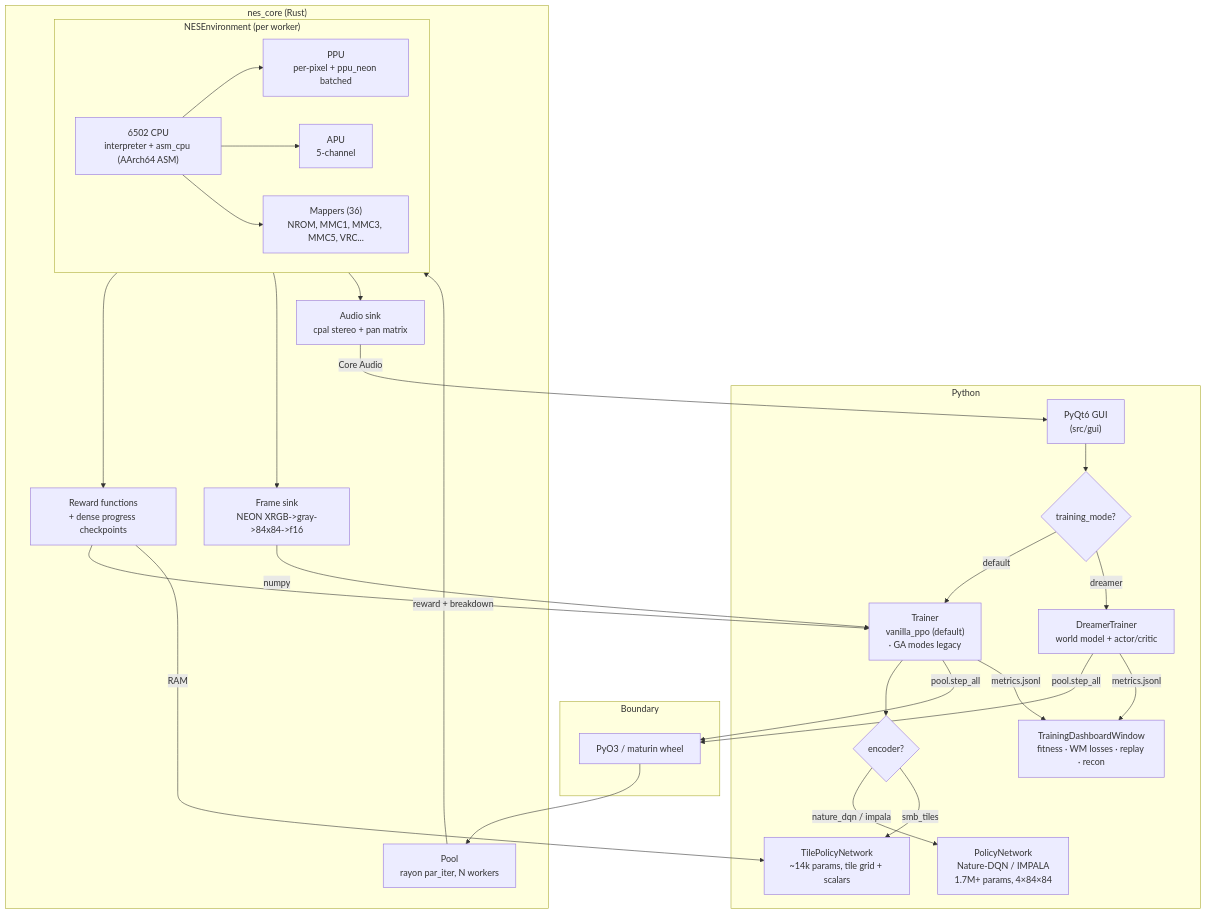
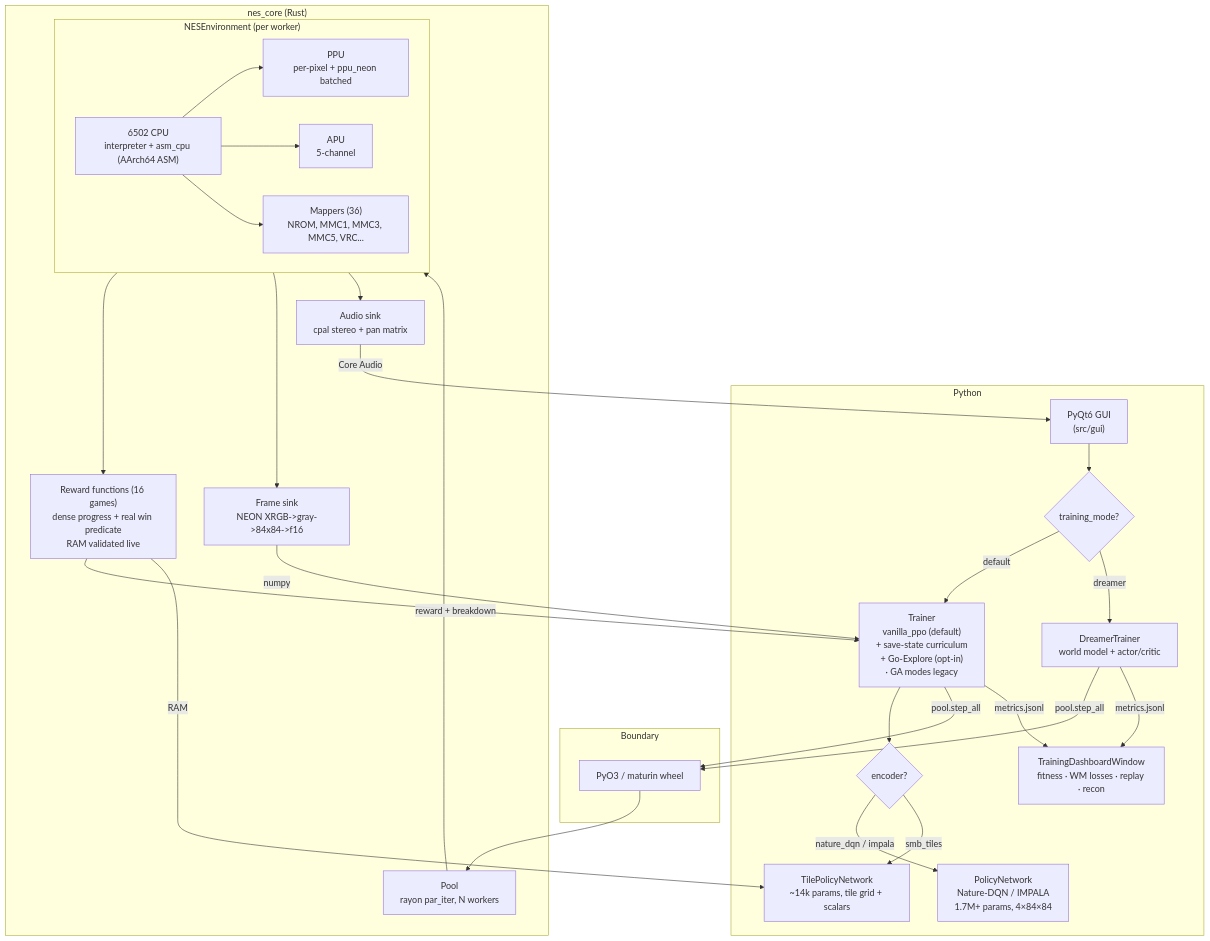
Before and after one commit to mstits/neural-entertainment-system: the first of 3 diagrams in README.md, drawn with Mermaid. The commit also changed other lines of this file and 2 other files, not shown here.

First line of the commit message:
docs: update README/CHANGELOG/ARCHITECTURE for the 16-game reward program

````diff
--- a/README.md
+++ b/README.md
@@ -235,53 +263,53 @@
 ```mermaid
 flowchart TB
     subgraph Python
         GUI["PyQt6 GUI<br/>(src/gui)"]
         Dashboard["TrainingDashboardWindow<br/>fitness · WM losses · replay · recon"]
         TrainerSel{"training_mode?"}
-        Trainer["Trainer<br/>vanilla_ppo (default)<br/>· GA modes legacy"]
+        Trainer["Trainer<br/>vanilla_ppo (default)<br/>+ save-state curriculum<br/>+ Go-Explore (opt-in)<br/>· GA modes legacy"]
         DreamerT["DreamerTrainer<br/>world model + actor/critic"]
         EncSel{"encoder?"}
         CNN["PolicyNetwork<br/>Nature-DQN / IMPALA<br/>1.7M+ params, 4×84×84"]
         Tile["TilePolicyNetwork<br/>~14k params, tile grid + scalars"]
     end
 
     subgraph Boundary
         PyO3["PyO3 / maturin wheel"]
     end
 
     subgraph nes_core_Rust["nes_core (Rust)"]
         Pool["Pool<br/>rayon par_iter, N workers"]
         subgraph Worker["NESEnvironment (per worker)"]
             CPU["6502 CPU<br/>interpreter + asm_cpu (AArch64 ASM)"]
             PPU["PPU<br/>per-pixel + ppu_neon batched"]
             APU["APU<br/>5-channel"]
             Mappers["Mappers (36)<br/>NROM, MMC1, MMC3, MMC5, VRC..."]
         end
-        Rewards["Reward functions<br/>+ dense progress checkpoints"]
+        Rewards["Reward functions (16 games)<br/>dense progress + real win predicate<br/>RAM validated live"]
         FrameSink["Frame sink<br/>NEON XRGB->gray->84x84->f16"]
         AudioSink["Audio sink<br/>cpal stereo + pan matrix"]
     end
 
     GUI --> TrainerSel
     TrainerSel -->|default| Trainer
     TrainerSel -->|dreamer| DreamerT
     Trainer --> EncSel
     EncSel -->|nature_dqn / impala| CNN
     EncSel -->|smb_tiles| Tile
     Trainer -->|pool.step_all| PyO3
     DreamerT -->|pool.step_all| PyO3
     PyO3 --> Pool
     Pool --> Worker
     Worker --> Rewards
     CPU --> PPU
     CPU --> APU
     CPU --> Mappers
     Worker --> FrameSink
     Worker --> AudioSink
     FrameSink -->|numpy| Trainer
     Rewards -->|reward + breakdown| Trainer
     Rewards -->|RAM| Tile
     AudioSink -->|Core Audio| GUI
     Trainer -->|metrics.jsonl| Dashboard
     DreamerT -->|metrics.jsonl| Dashboard
 ```
````
